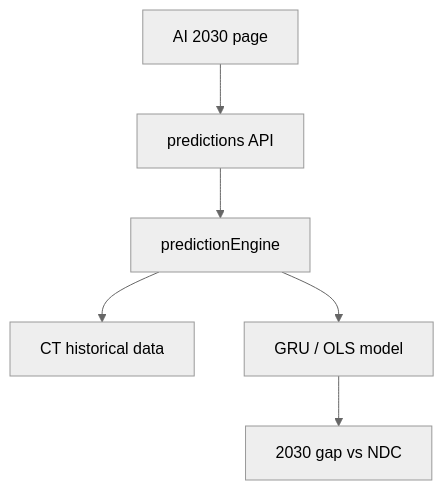
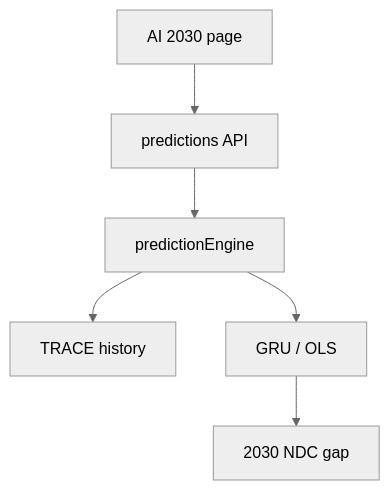
The eighth of 10 diagrams in docs/SYSTEM_DESIGN.md (tseten14/NDC-Dashboard), drawn with Mermaid (neutral theme) before and after one commit. The commit also changed other lines of this file and 2 other files, not shown here.

First line of the commit message:
Fix system design Mermaid labels so text stays inside node boxes.

````diff
--- a/docs/SYSTEM_DESIGN.md
+++ b/docs/SYSTEM_DESIGN.md
@@ -260,13 +267,13 @@
 ```mermaid
 flowchart TB
   SPA[AI 2030 page]
   API[predictions API]
   Engine[predictionEngine]
-  CT[CT historical data]
-  ML[GRU / OLS model]
-  Gap[2030 gap vs NDC]
+  CT[TRACE history]
+  ML[GRU / OLS]
+  Gap[2030 NDC gap]
 
   SPA --> API --> Engine
   Engine --> CT
   Engine --> ML --> Gap
 ```
````
